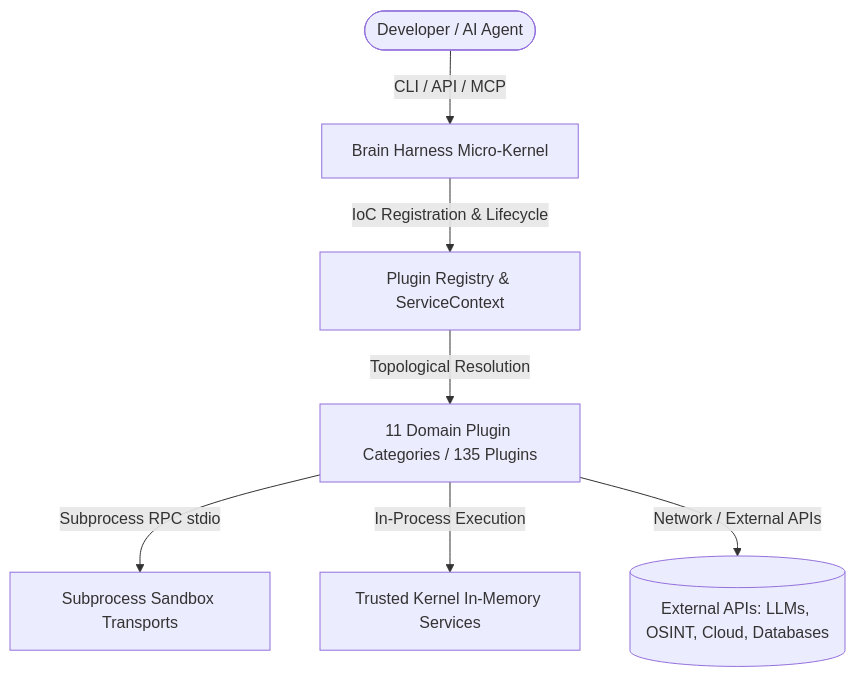
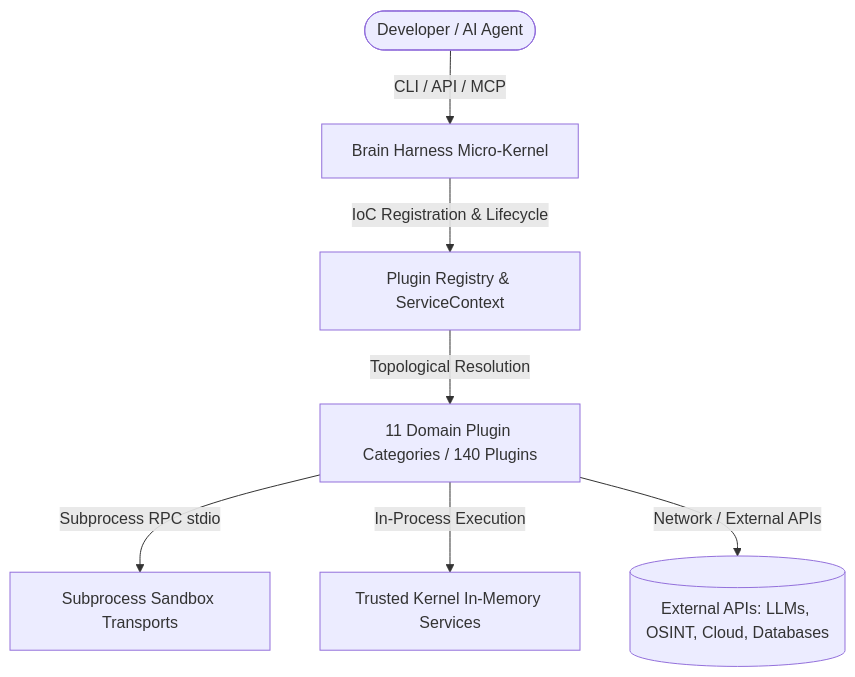
Before and after one commit to SpectreDeath/Brain-Harness: the first of 2 diagrams in plugins/README.md, drawn with Mermaid. The commit also changed 64 other files, not shown here.

````diff
--- a/plugins/README.md
+++ b/plugins/README.md
@@ -11,9 +11,9 @@
 ```mermaid
 flowchart TD
     User([Developer / AI Agent]) -->|CLI / API / MCP| Kernel[Brain Harness Micro-Kernel]
     Kernel -->|IoC Registration & Lifecycle| Registry[Plugin Registry & ServiceContext]
-    Registry -->|Topological Resolution| Plugins[11 Domain Plugin Categories / 135 Plugins]
+    Registry -->|Topological Resolution| Plugins[11 Domain Plugin Categories / 140 Plugins]
     Plugins -->|Subprocess RPC stdio| Sandbox[Subprocess Sandbox Transports]
     Plugins -->|In-Process Execution| CoreServices[Trusted Kernel In-Memory Services]
     Plugins -->|Network / External APIs| External[(External APIs: LLMs, OSINT, Cloud, Databases)]
 ```
````
